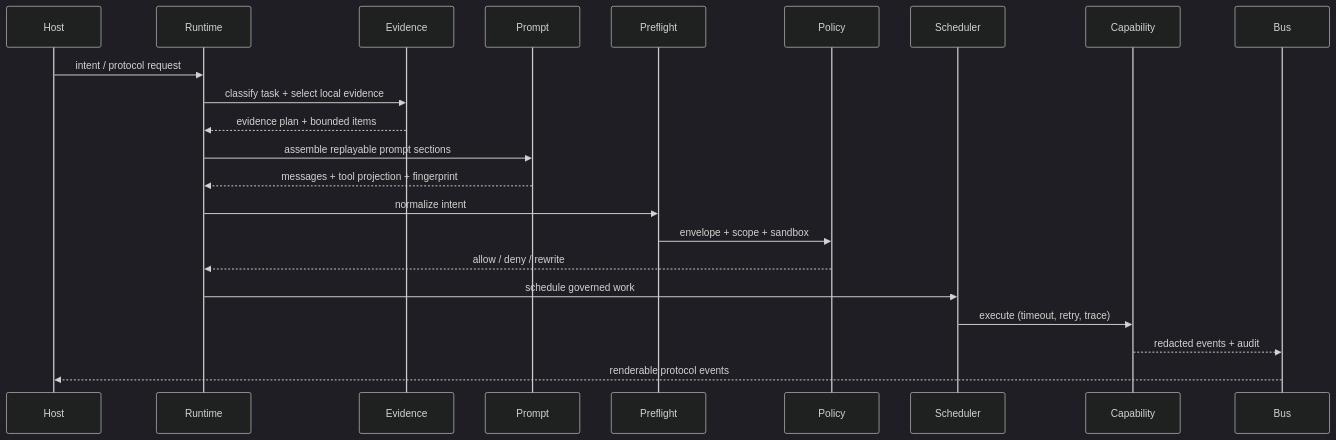
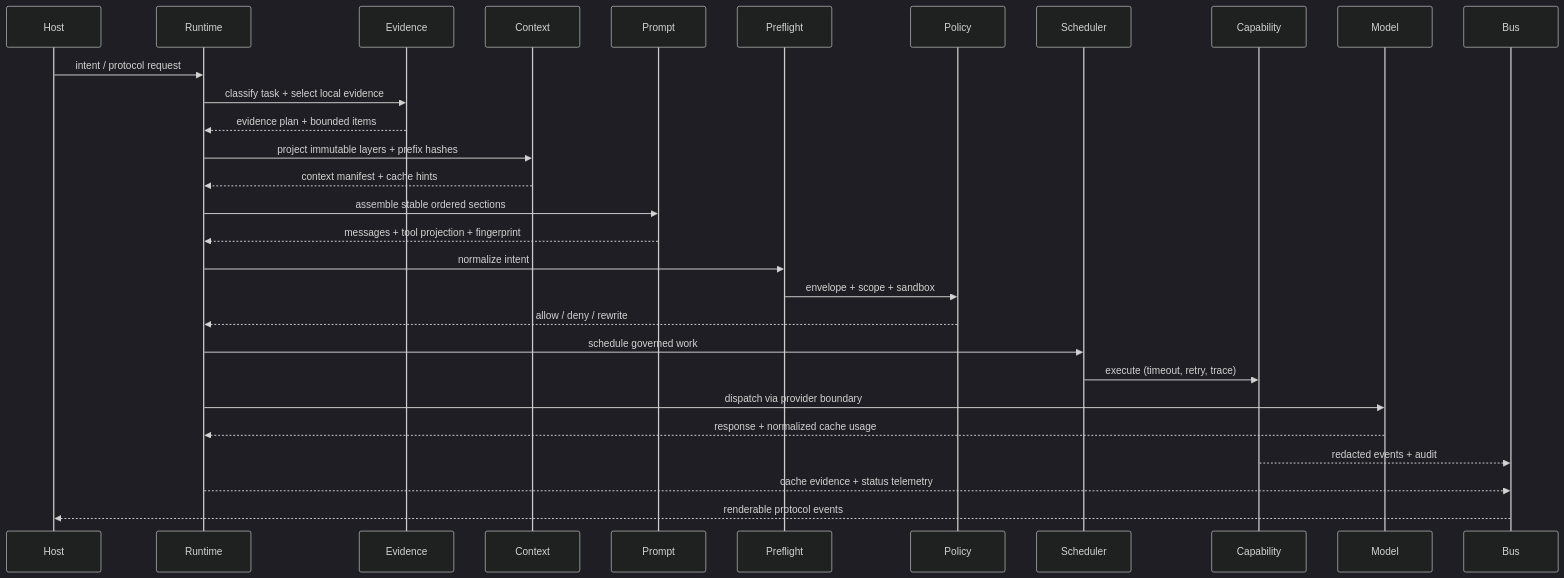
One commit to ankye/deepseek-cli changed the second of 3 diagrams in README.md. Above: the diagram before and after it, drawn with Mermaid (dark theme). The commit also changed other lines of this file and 297 other files, not shown here.

````diff
--- a/README.md
+++ b/README.md
@@ -137,25 +210,32 @@
 ```mermaid
 sequenceDiagram
   participant Host
   participant Runtime
   participant Evidence
+  participant Context
   participant Prompt
   participant Preflight
   participant Policy
   participant Scheduler
   participant Capability
+  participant Model
   participant Bus
 
   Host->>Runtime: intent / protocol request
   Runtime->>Evidence: classify task + select local evidence
   Evidence-->>Runtime: evidence plan + bounded items
-  Runtime->>Prompt: assemble replayable prompt sections
+  Runtime->>Context: project immutable layers + prefix hashes
+  Context-->>Runtime: context manifest + cache hints
+  Runtime->>Prompt: assemble stable ordered sections
   Prompt-->>Runtime: messages + tool projection + fingerprint
   Runtime->>Preflight: normalize intent
   Preflight->>Policy: envelope + scope + sandbox
   Policy-->>Runtime: allow / deny / rewrite
   Runtime->>Scheduler: schedule governed work
   Scheduler->>Capability: execute (timeout, retry, trace)
+  Runtime->>Model: dispatch via provider boundary
+  Model-->>Runtime: response + normalized cache usage
   Capability-->>Bus: redacted events + audit
+  Runtime-->>Bus: cache evidence + status telemetry
   Bus-->>Host: renderable protocol events
 ```
````
